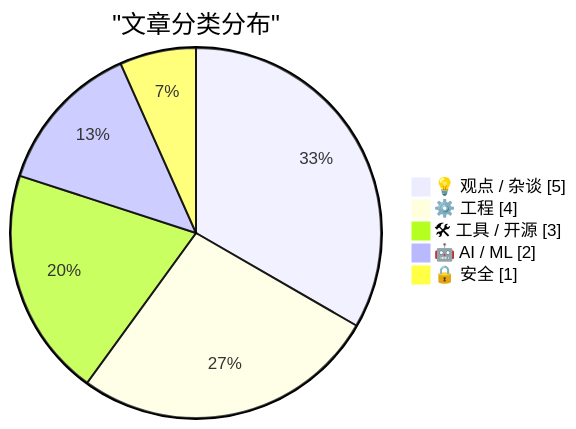
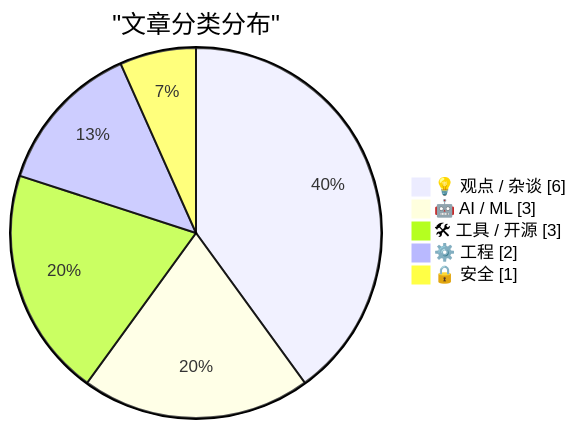
One commit to CoderDoubleflower/ai-daily-digest changed the first of 2 diagrams in reports/digest-20260216.md. Above: the diagram before and after it, drawn with Mermaid. The commit also changed other lines of this file, not shown here.

````diff
--- a/reports/digest-20260216.md
+++ b/reports/digest-20260216.md
@@ -53,9 +53,9 @@
 ```mermaid
 pie showData
     title "文章分类分布"
-    "💡 观点 / 杂谈" : 5
-    "⚙️ 工程" : 4
+    "💡 观点 / 杂谈" : 6
+    "🤖 AI / ML" : 3
     "🛠 工具 / 开源" : 3
-    "🤖 AI / ML" : 2
+    "⚙️ 工程" : 2
     "🔒 安全" : 1
 ```
````
